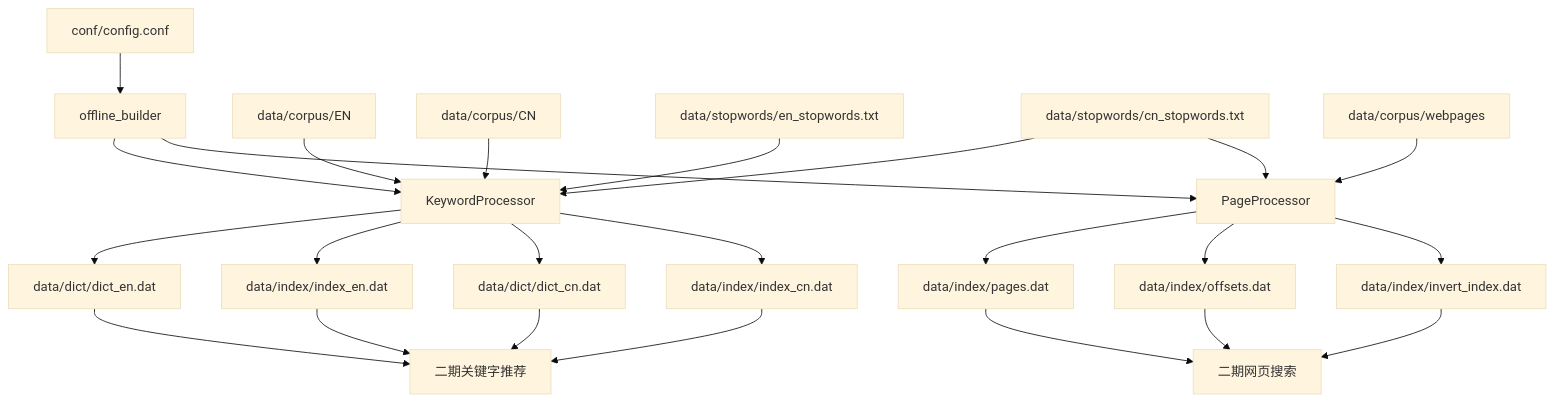
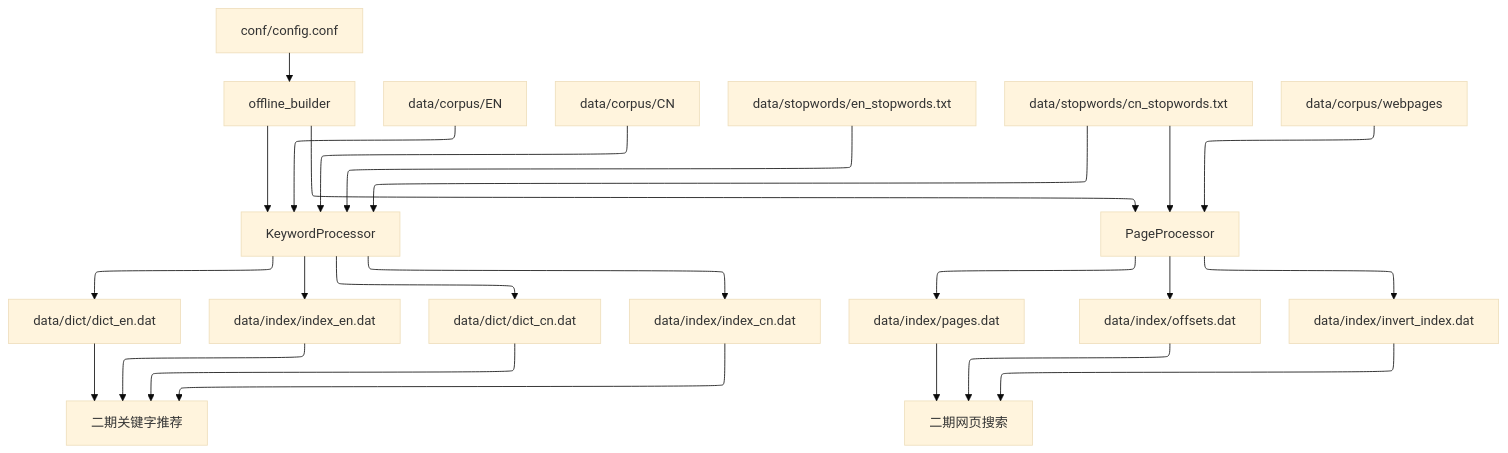
Before and after one commit to dijk4tra/Cpp_Advanced: the first of 11 diagrams in 课件/07_搜索引擎项目/02_SearchEngine_V2/README.md, drawn with Mermaid (base theme). The commit also changed 1 other file, not shown here.

Commit message:
update/0623_23:33

````diff
--- a/课件/07_搜索引擎项目/02_SearchEngine_V2/README.md
+++ b/课件/07_搜索引擎项目/02_SearchEngine_V2/README.md
@@ -24,30 +24,34 @@
 ```mermaid
+---
+config:
+  layout: elk
+---
 flowchart TD
     CFG[conf/config.conf] --> Main[offline_builder]
     Main --> KW[KeywordProcessor]
     Main --> PP[PageProcessor]
 
     ENC[data/corpus/EN] --> KW
     CNC[data/corpus/CN] --> KW
     ESW[data/stopwords/en_stopwords.txt] --> KW
     CSW[data/stopwords/cn_stopwords.txt] --> KW
 
     KW --> ED[data/dict/dict_en.dat]
     KW --> EI[data/index/index_en.dat]
     KW --> CD[data/dict/dict_cn.dat]
     KW --> CI[data/index/index_cn.dat]
 
     WEB[data/corpus/webpages] --> PP
     CSW --> PP
     PP --> PAGES[data/index/pages.dat]
     PP --> OFF[data/index/offsets.dat]
     PP --> INV[data/index/invert_index.dat]
 
     ED --> Online1[二期关键字推荐]
     EI --> Online1
     CD --> Online1
     CI --> Online1
     PAGES --> Online2[二期网页搜索]
     OFF --> Online2
     INV --> Online2
 ```
````
